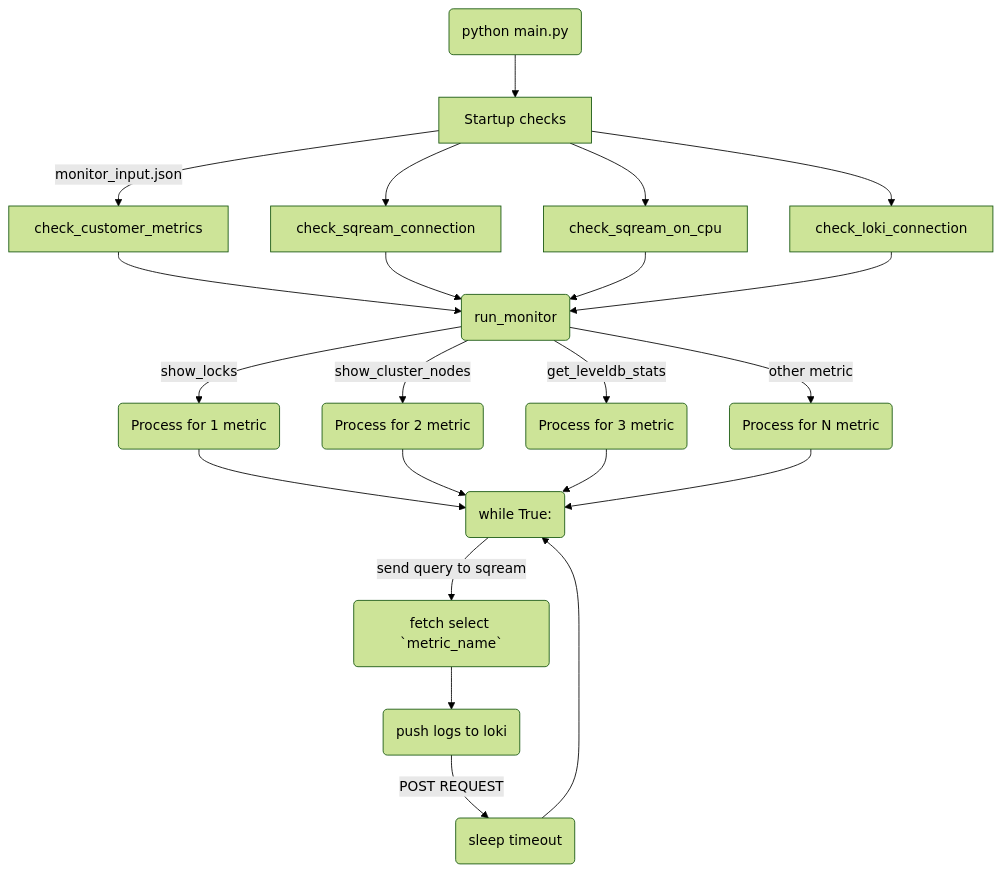
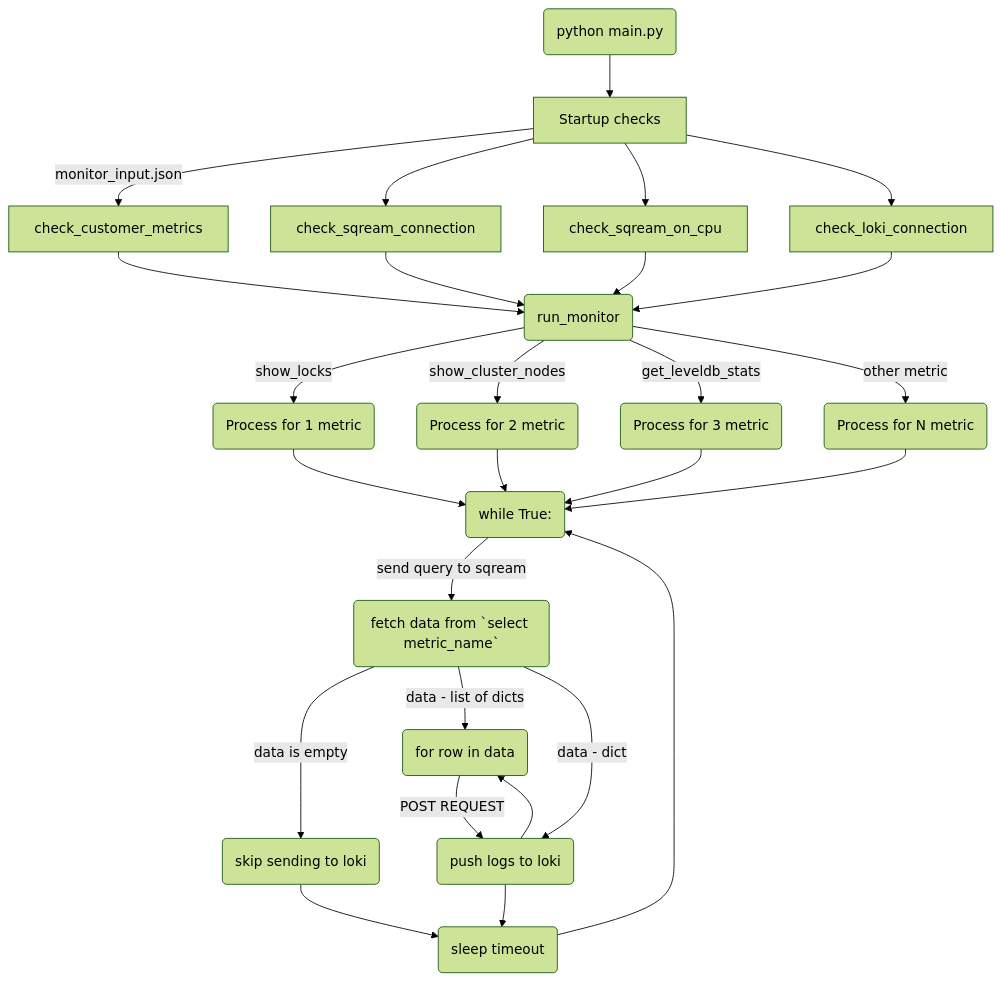
The diagram in README.md (honsour72/monitor_service), drawn with Mermaid (forest theme) before and after one commit. The commit also changed other lines of this file and 2 other files, not shown here.

Commit message:
fix(loki): change request labels behavior + edit README + update requirements

````diff
--- a/README.md
+++ b/README.md
@@ -156,24 +156,29 @@
 ```mermaid
 graph TB
 A(python main.py) --> B[Startup checks]
 B -->|monitor_input.json| B1[check_customer_metrics]
 B --> B2[check_sqream_connection]
 B --> B3[check_sqream_on_cpu]
 B --> B4[check_loki_connection]
 B1 --> C(run_monitor)
 B2 --> C(run_monitor)
 B3 --> C(run_monitor)
 B4 --> C(run_monitor)
 C --> |show_locks| D1(Process for 1 metric)
 C --> |show_cluster_nodes| D2(Process for 2 metric)
 C --> |get_leveldb_stats| D3(Process for 3 metric)
 C --> |other metric| D4(Process for N metric)
 D1 --> E(while True:)
 D2 --> E(while True:)
 D3 --> E(while True:)
 D4 --> E(while True:)
-E --> |send query to sqream| F(fetch select `metric_name`)
-F --> G(push logs to loki)
-G --> |POST REQUEST| H(sleep timeout)
+E --> |send query to sqream| F(fetch data from `select metric_name`)
+F --> |data is empty| S(skip sending to loki)
+F --> |data - list of dicts| L(for row in data)
+L --> |POST REQUEST| G
+G --> H(sleep timeout)
+F --> |data - dict| G(push logs to loki)
+G --> L
+S --> H
 H --> E
 ```
````
